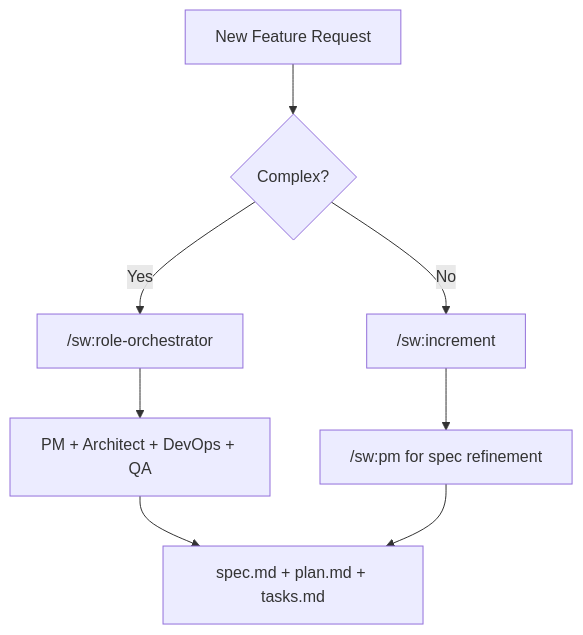
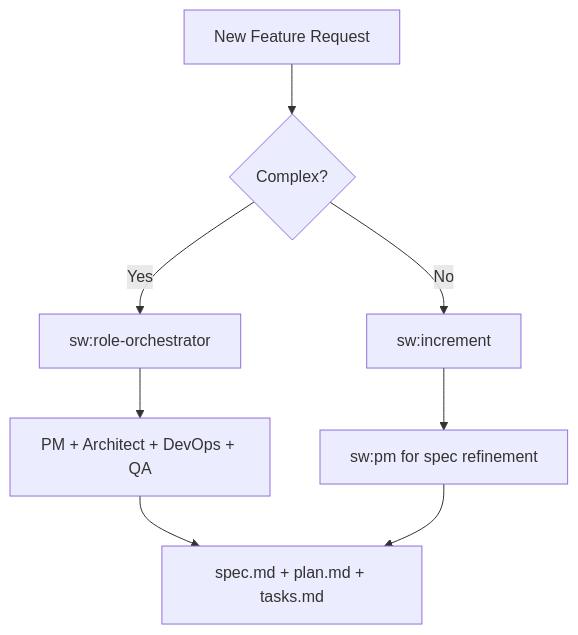
The first of 4 diagrams in docs-site/docs/reference/use-case-guide.md (anton-abyzov/specweave), drawn with Mermaid before and after one commit. The commit also changed other lines of this file and 328 other files, not shown here.

````diff
--- a/docs-site/docs/reference/use-case-guide.md
+++ b/docs-site/docs/reference/use-case-guide.md
@@ -175,10 +175,10 @@
 ```mermaid
 graph TD
     A[New Feature Request] --> B{Complex?}
-    B -->|Yes| C["/sw:role-orchestrator"]
-    B -->|No| D["/sw:increment"]
+    B -->|Yes| C["sw:role-orchestrator"]
+    B -->|No| D["sw:increment"]
     C --> E[PM + Architect + DevOps + QA]
-    D --> F["/sw:pm for spec refinement"]
+    D --> F["sw:pm for spec refinement"]
     E --> G[spec.md + plan.md + tasks.md]
     F --> G
 ```
````
